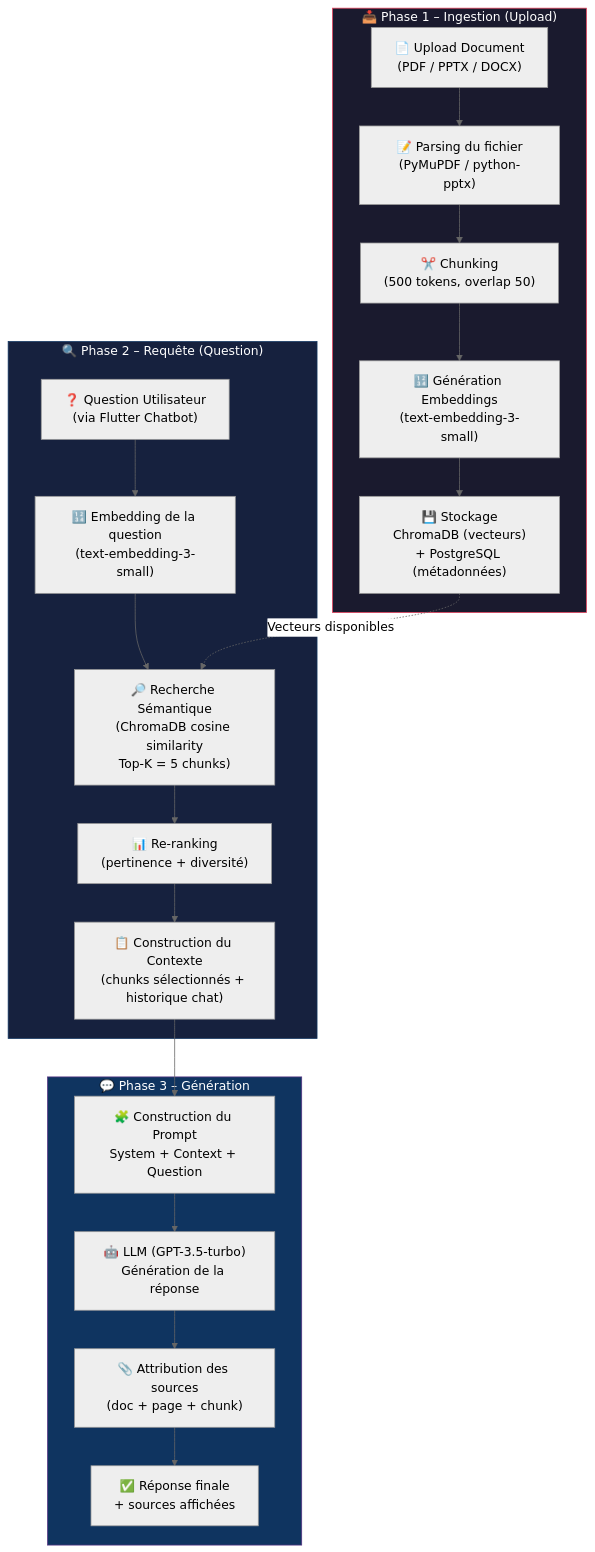
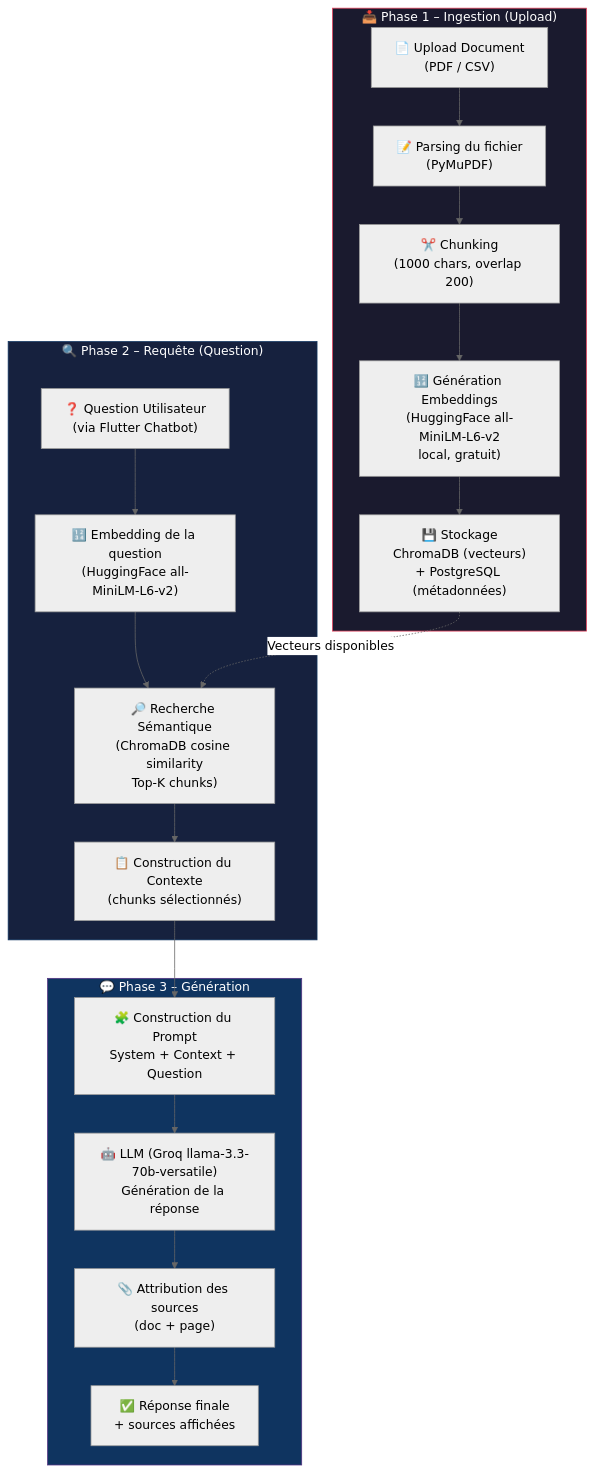
The first of 7 diagrams in docs/Conception_Flux_RAG_Chatbot.md (Jkacem/smart_focus), drawn with Mermaid (neutral theme) before and after one commit. The commit also changed other lines of this file and 93 other files, not shown here.

````diff
--- a/docs/Conception_Flux_RAG_Chatbot.md
+++ b/docs/Conception_Flux_RAG_Chatbot.md
@@ -12,38 +12,37 @@
 ```mermaid
 flowchart TD
     subgraph INGEST["📥 Phase 1 – Ingestion (Upload)"]
-        UP["📄 Upload Document\n(PDF / PPTX / DOCX)"]
-        PARSE["📝 Parsing du fichier\n(PyMuPDF / python-pptx)"]
-        CHUNK["✂️ Chunking\n(500 tokens, overlap 50)"]
-        EMBED["🔢 Génération Embeddings\n(text-embedding-3-small)"]
+        UP["📄 Upload Document\n(PDF / CSV)"]
+        PARSE["📝 Parsing du fichier\n(PyMuPDF)"]
+        CHUNK["✂️ Chunking\n(1000 chars, overlap 200)"]
+        EMBED["🔢 Génération Embeddings\n(HuggingFace all-MiniLM-L6-v2\nlocal, gratuit)"]
         STORE["💾 Stockage\nChromaDB (vecteurs)\n+ PostgreSQL (métadonnées)"]
 
         UP --> PARSE --> CHUNK --> EMBED --> STORE
     end
 
     subgraph QUERY["🔍 Phase 2 – Requête (Question)"]
         QUESTION["❓ Question Utilisateur\n(via Flutter Chatbot)"]
-        EMBED_Q["🔢 Embedding de la question\n(text-embedding-3-small)"]
-        SEARCH["🔎 Recherche Sémantique\n(ChromaDB cosine similarity\nTop-K = 5 chunks)"]
-        RERANK["📊 Re-ranking\n(pertinence + diversité)"]
-        CONTEXT["📋 Construction du Contexte\n(chunks sélectionnés + historique chat)"]
+        EMBED_Q["🔢 Embedding de la question\n(HuggingFace all-MiniLM-L6-v2)"]
+        SEARCH["🔎 Recherche Sémantique\n(ChromaDB cosine similarity\nTop-K chunks)"]
+        CONTEXT["📋 Construction du Contexte\n(chunks sélectionnés)"]
 
-        QUESTION --> EMBED_Q --> SEARCH --> RERANK --> CONTEXT
+        QUESTION --> EMBED_Q --> SEARCH --> CONTEXT
     end
 
     subgraph GENERATE["💬 Phase 3 – Génération"]
         PROMPT["🧩 Construction du Prompt\nSystem + Context + Question"]
-        LLM["🤖 LLM (GPT-3.5-turbo)\nGénération de la réponse"]
-        SOURCES["📎 Attribution des sources\n(doc + page + chunk)"]
+        LLM["🤖 LLM (Groq llama-3.3-70b-versatile)\nGénération de la réponse"]
+        SOURCES["📎 Attribution des sources\n(doc + page)"]
         ANSWER["✅ Réponse finale\n+ sources affichées"]
 
         PROMPT --> LLM --> SOURCES --> ANSWER
     end
 
     STORE -.->|"Vecteurs disponibles"| SEARCH
     CONTEXT --> PROMPT
 
     style INGEST fill:#1a1a2e,stroke:#e94560,color:#fff
     style QUERY fill:#16213e,stroke:#0f3460,color:#fff
     style GENERATE fill:#0f3460,stroke:#533483,color:#fff
 ```
````
